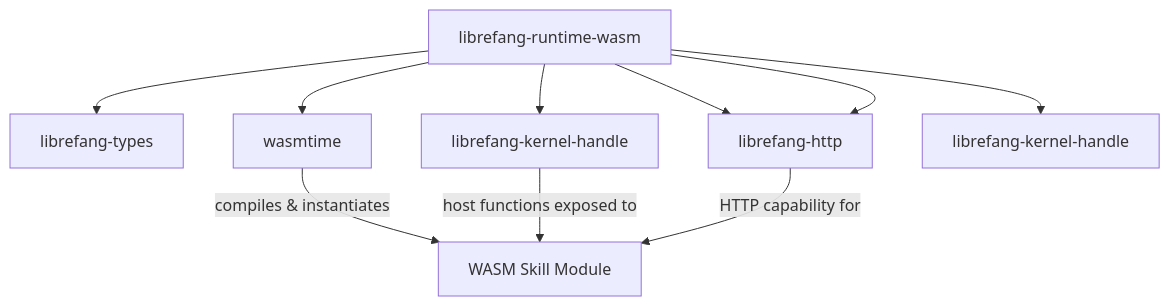
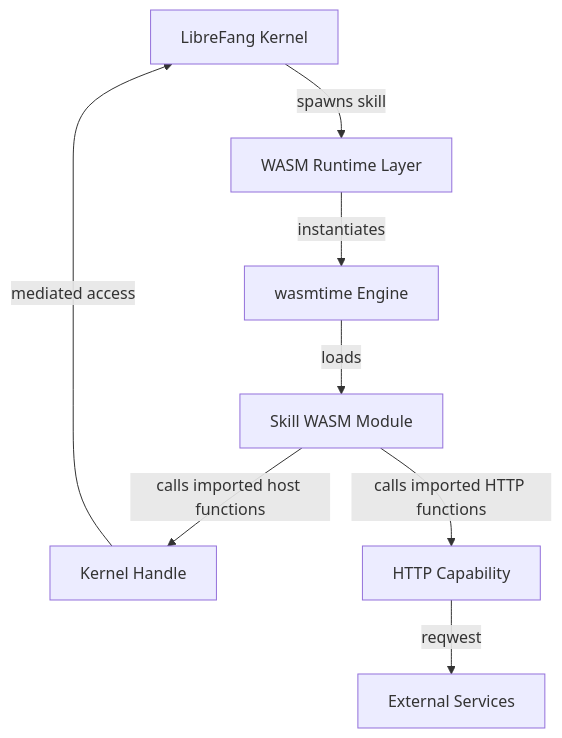
One commit to leszek3737/librefang-WIki changed the diagram in other-librefang-runtime-wasm.md. Above: the diagram before and after it, drawn with Mermaid. The commit also changed other lines of this file and 93 other files, not shown here.

````diff
--- a/other-librefang-runtime-wasm.md
+++ b/other-librefang-runtime-wasm.md
@@ -13,12 +35,10 @@
 ```mermaid
 graph TD
-    A[librefang-runtime-wasm] --> B[librefang-types]
-    A --> C[librefang-kernel-handle]
-    A --> D[librefang-http]
-    A --> E[wasmtime]
-    A --> F[librefang-kernel-handle]
-    A --> D
-    E -->|compiles & instantiates| G[WASM Skill Module]
-    C -->|host functions exposed to| G
-    D -->|HTTP capability for| G
+    A[LibreFang Kernel] -->|spawns skill| B[WASM Runtime Layer]
+    B -->|instantiates| C[wasmtime Engine]
+    C -->|loads| D[Skill WASM Module]
+    D -->|calls imported host functions| E[Kernel Handle]
+    D -->|calls imported HTTP functions| F[HTTP Capability]
+    E -->|mediated access| A
+    F -->|reqwest| G[External Services]
 ```
````
